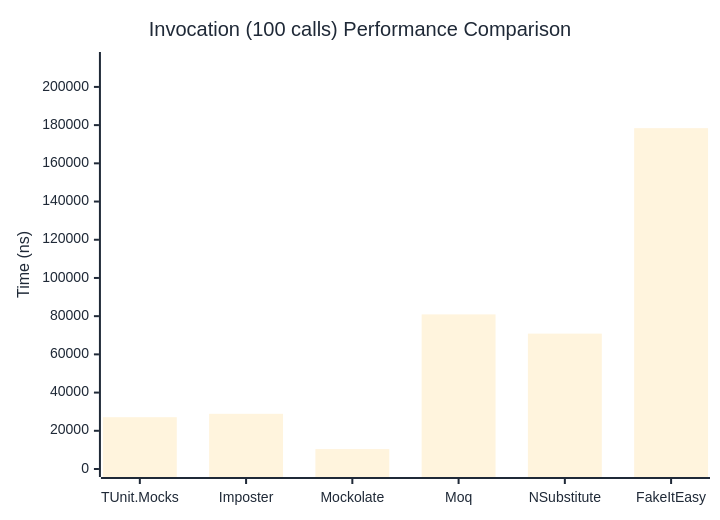
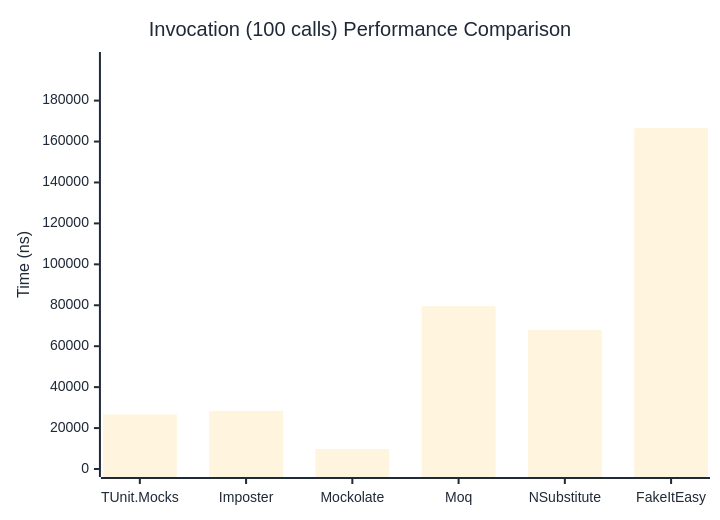
One commit to thomhurst/TUnit changed the third of 3 diagrams in docs/docs/benchmarks/mocks/Invocation.md. Above: the diagram before and after it, drawn with Mermaid. The commit also changed other lines of this file and 14 other files, not shown here.

````diff
--- a/docs/docs/benchmarks/mocks/Invocation.md
+++ b/docs/docs/benchmarks/mocks/Invocation.md
@@ -112,27 +112,27 @@
 ```mermaid
 %%{init: {
   'theme':'base',
   'themeVariables': {
     'primaryColor': '#2563eb',
     'primaryTextColor': '#1f2937',
     'primaryBorderColor': '#1e40af',
     'lineColor': '#6b7280',
     'secondaryColor': '#7c3aed',
     'tertiaryColor': '#dc2626',
     'background': '#ffffff',
     'pie1': '#2563eb',
     'pie2': '#7c3aed',
     'pie3': '#dc2626',
     'pie4': '#f59e0b',
     'pie5': '#10b981',
     'pie6': '#06b6d4',
     'pie7': '#ec4899',
     'pie8': '#6366f1'
   }
 }}%%
 xychart-beta
   title "Invocation (100 calls) Performance Comparison"
   x-axis ["TUnit.Mocks", "Imposter", "Mockolate", "Moq", "NSubstitute", "FakeItEasy"]
-  y-axis "Time (ns)" 0 --> 214088
-  bar [27119.94, 28877.92, 10425.92, 80932.02, 70858.46, 178405.95]
+  y-axis "Time (ns)" 0 --> 199841
+  bar [26660.5, 28408.06, 9741, 79583.09, 67980.85, 166533.82]
 ```
````
